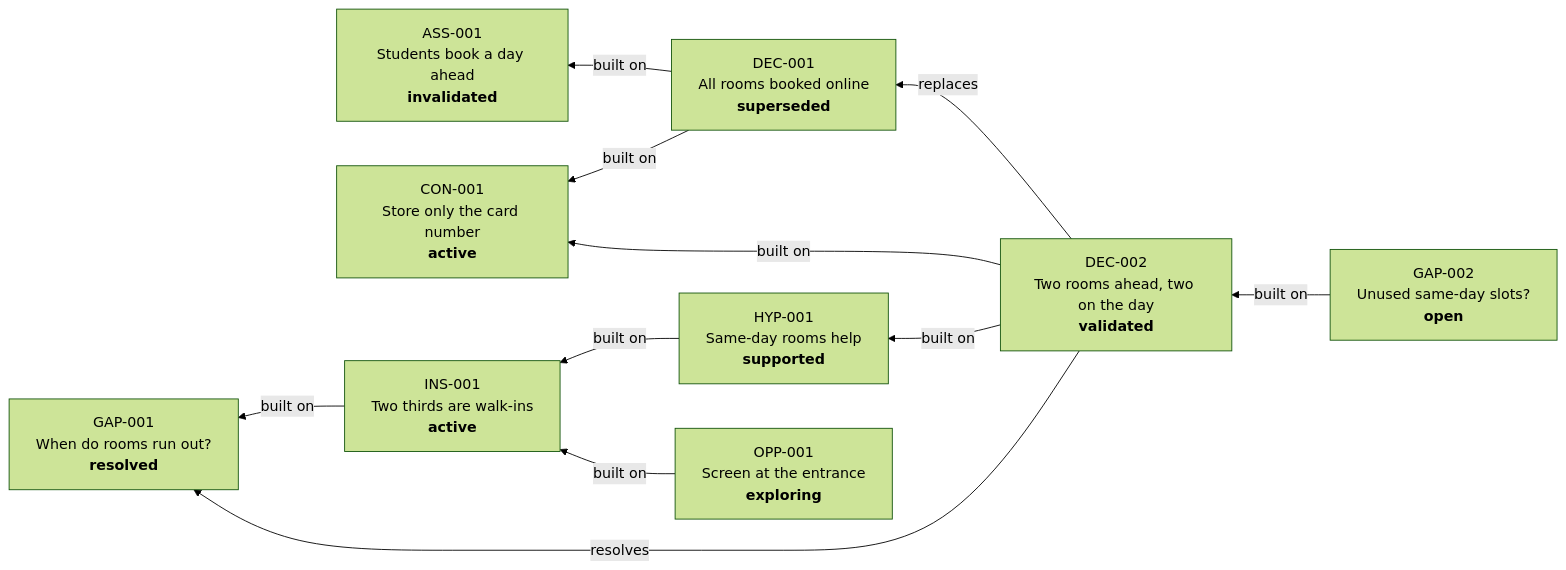
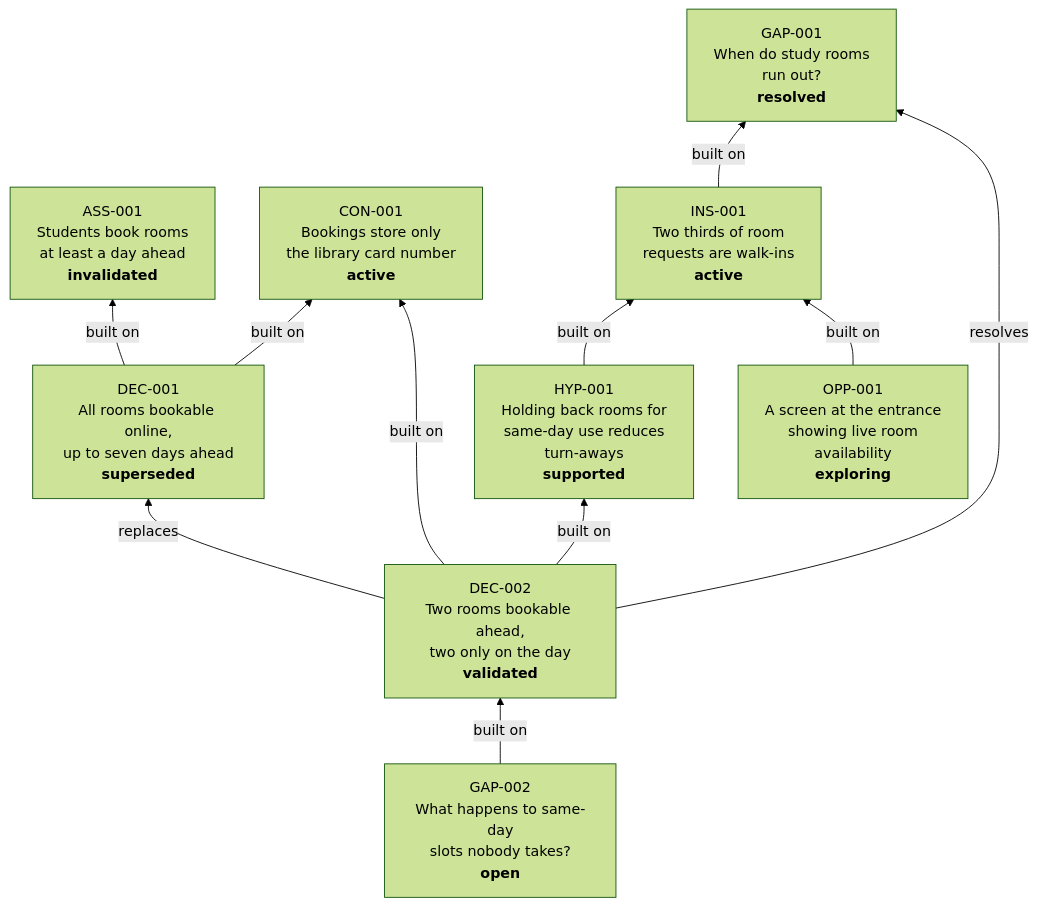
The second of 4 diagrams in docs/how-it-works.md (AhUhmm/epistemic-knowledge-profile), drawn with Mermaid (forest theme) before and after one commit. The commit also changed other lines of this file, not shown here.

First line of the commit message:
docs/how-it-works: redraw two diagrams

````diff
--- a/docs/how-it-works.md
+++ b/docs/how-it-works.md
@@ -136,23 +136,23 @@
 ```mermaid
-flowchart RL
-    GAP1["GAP-001<br/>When do rooms run out?<br/><b>resolved</b>"]
-    ASS1["ASS-001<br/>Students book a day ahead<br/><b>invalidated</b>"]
-    CON1["CON-001<br/>Store only the card number<br/><b>active</b>"]
-    DEC1["DEC-001<br/>All rooms booked online<br/><b>superseded</b>"]
-    INS1["INS-001<br/>Two thirds are walk-ins<br/><b>active</b>"]
-    HYP1["HYP-001<br/>Same-day rooms help<br/><b>supported</b>"]
-    OPP1["OPP-001<br/>Screen at the entrance<br/><b>exploring</b>"]
-    DEC2["DEC-002<br/>Two rooms ahead, two on the day<br/><b>validated</b>"]
-    GAP2["GAP-002<br/>Unused same-day slots?<br/><b>open</b>"]
+flowchart BT
+    GAP1["GAP-001<br/>When do study rooms<br/>run out?<br/><b>resolved</b>"]
+    ASS1["ASS-001<br/>Students book rooms<br/>at least a day ahead<br/><b>invalidated</b>"]
+    CON1["CON-001<br/>Bookings store only<br/>the library card number<br/><b>active</b>"]
+    DEC1["DEC-001<br/>All rooms bookable online,<br/>up to seven days ahead<br/><b>superseded</b>"]
+    INS1["INS-001<br/>Two thirds of room<br/>requests are walk-ins<br/><b>active</b>"]
+    HYP1["HYP-001<br/>Holding back rooms for<br/>same-day use reduces<br/>turn-aways<br/><b>supported</b>"]
+    OPP1["OPP-001<br/>A screen at the entrance<br/>showing live room<br/>availability<br/><b>exploring</b>"]
+    DEC2["DEC-002<br/>Two rooms bookable ahead,<br/>two only on the day<br/><b>validated</b>"]
+    GAP2["GAP-002<br/>What happens to same-day<br/>slots nobody takes?<br/><b>open</b>"]
 
     DEC1 -- "built on" --> ASS1
     DEC1 -- "built on" --> CON1
     INS1 -- "built on" --> GAP1
     HYP1 -- "built on" --> INS1
     OPP1 -- "built on" --> INS1
     DEC2 -- "built on" --> HYP1
     DEC2 -- "built on" --> CON1
     DEC2 -- "resolves" --> GAP1
     DEC2 -- "replaces" --> DEC1
     GAP2 -- "built on" --> DEC2
 ```
````
